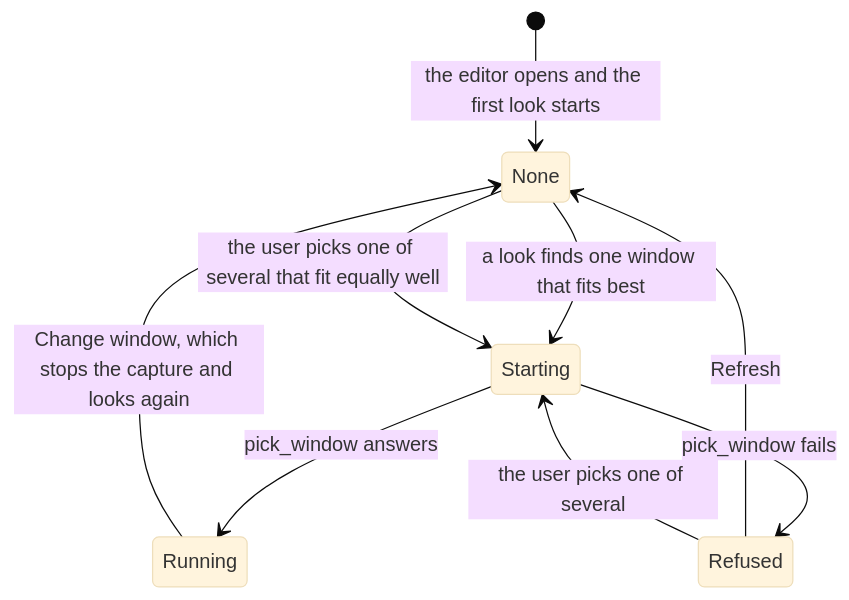
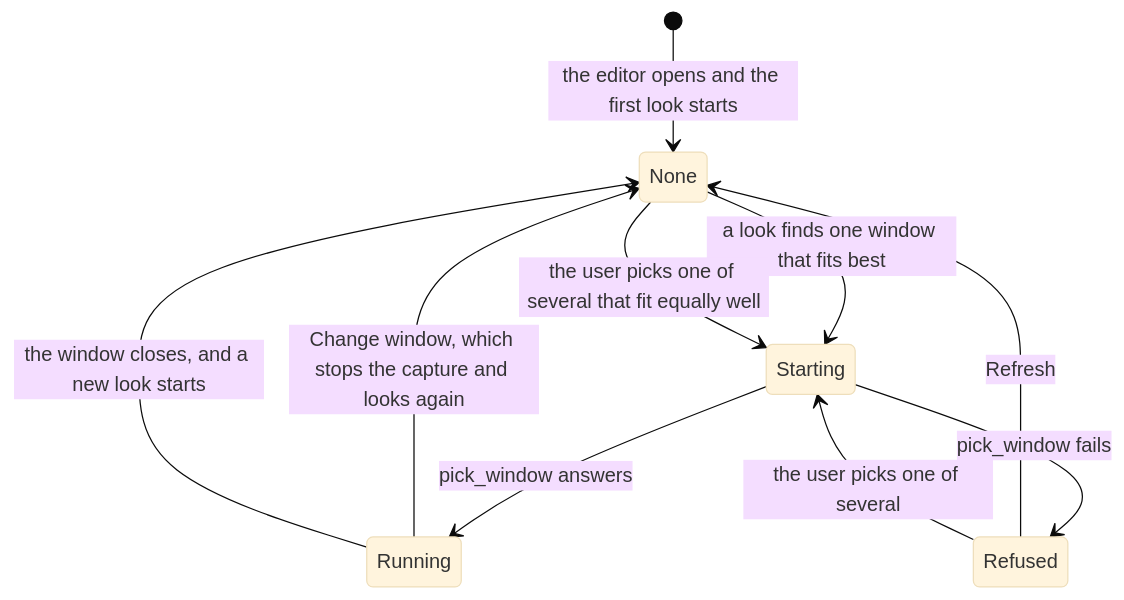
Diagram 20 of 48 in wiki/State-machines.md (TheLunchTrae/appy-tappy), drawn with Mermaid (base theme) before and after one commit. The commit also changed other lines of this file and 28 other files, not shown here.

````diff
--- a/wiki/State-machines.md
+++ b/wiki/State-machines.md
@@ -1336,11 +1340,12 @@
 ```mermaid
 stateDiagram-v2
     [*] --> None: the editor opens and the first look starts
     None --> Starting: a look finds one window that fits best
     None --> Starting: the user picks one of several that fit equally well
     Starting --> Running: pick_window answers
     Starting --> Refused: pick_window fails
     Refused --> None: Refresh
     Refused --> Starting: the user picks one of several
     Running --> None: Change window, which stops the capture and looks again
+    Running --> None: the window closes, and a new look starts
 ```
````
